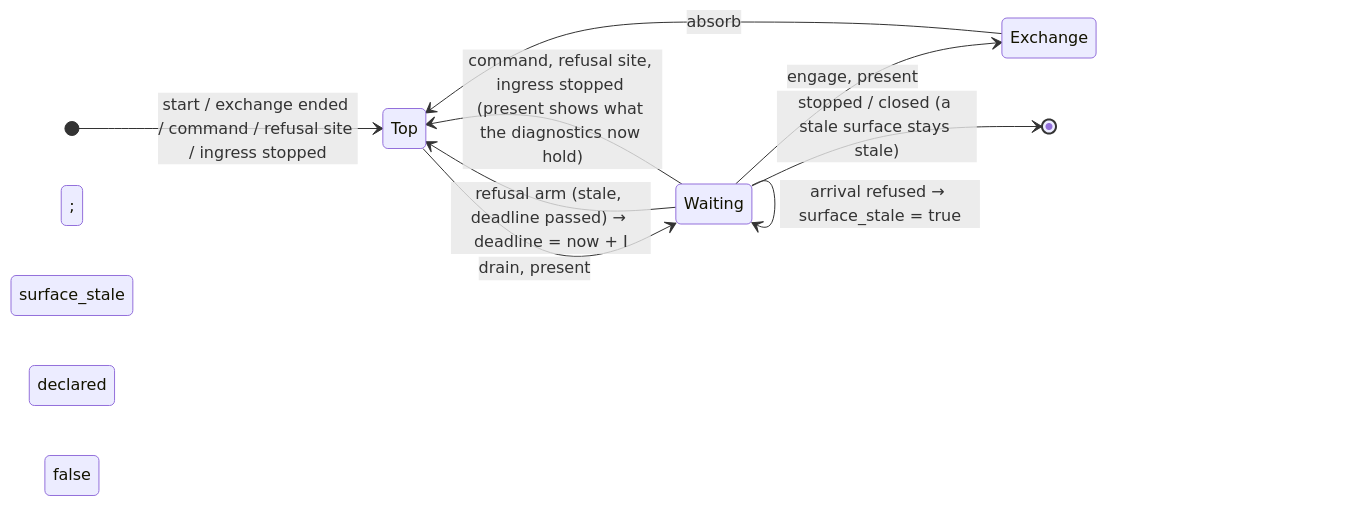
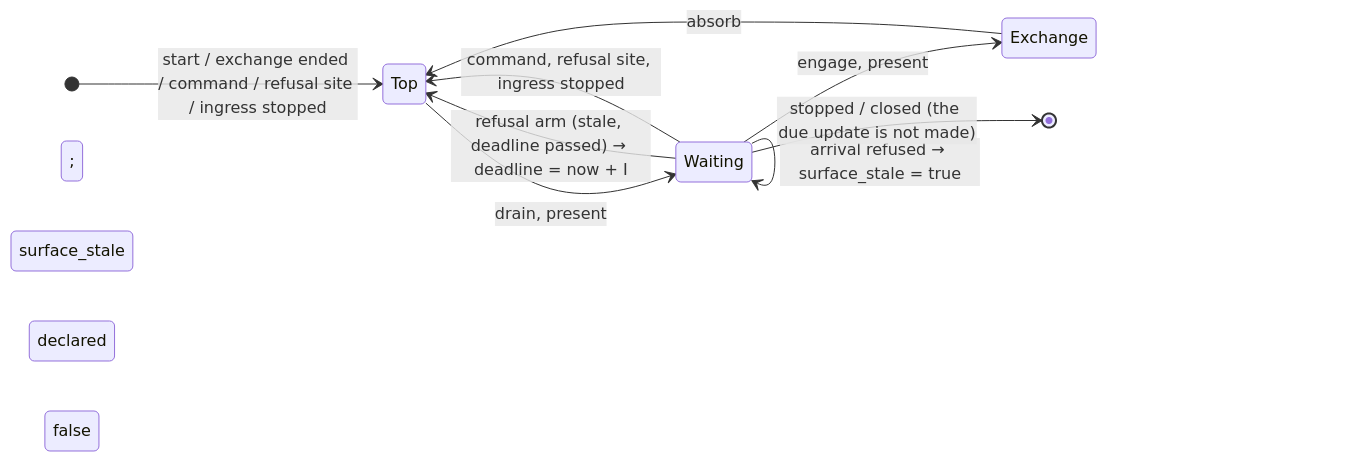
The diagram in docs/slices/011/design.md (davidlee/goad), drawn with Mermaid before and after one commit. The commit also changed other lines of this file and 3 other files, not shown here.

````diff
--- a/docs/slices/011/design.md
+++ b/docs/slices/011/design.md
@@ -103,12 +87,12 @@
 ```mermaid
 stateDiagram-v2
   direction LR
   [*] --> Top: start / exchange ended / command / refusal site / ingress stopped
   Top --> Waiting: drain, present; surface_stale declared false
   Waiting --> Waiting: arrival refused → surface_stale = true
   Waiting --> Top: refusal arm (stale, deadline passed) → deadline = now + I
-  Waiting --> Top: command, refusal site, ingress stopped (present shows what the diagnostics now hold)
+  Waiting --> Top: command, refusal site, ingress stopped
   Waiting --> Exchange: engage, present
   Exchange --> Top: absorb
-  Waiting --> [*]: stopped / closed (a stale surface stays stale)
+  Waiting --> [*]: stopped / closed (the due update is not made)
 ```
````
